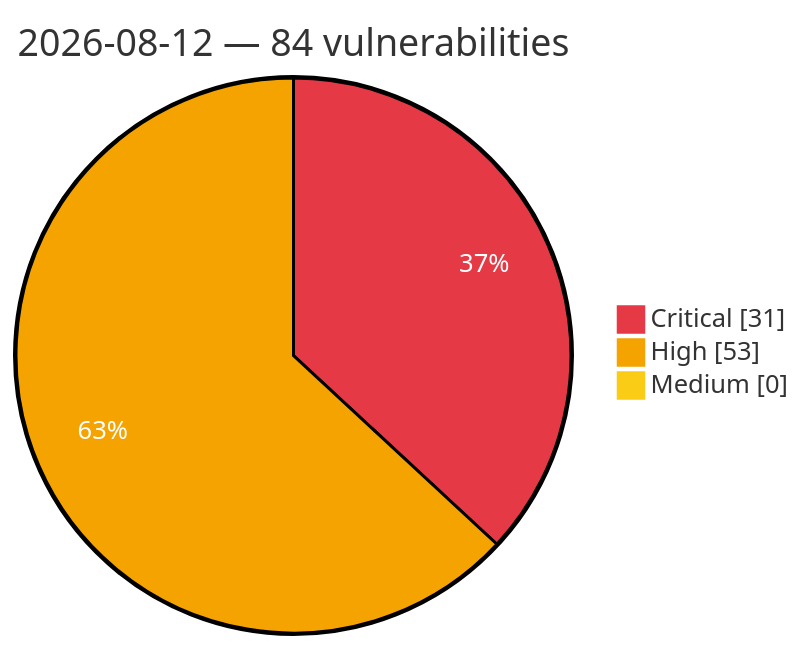
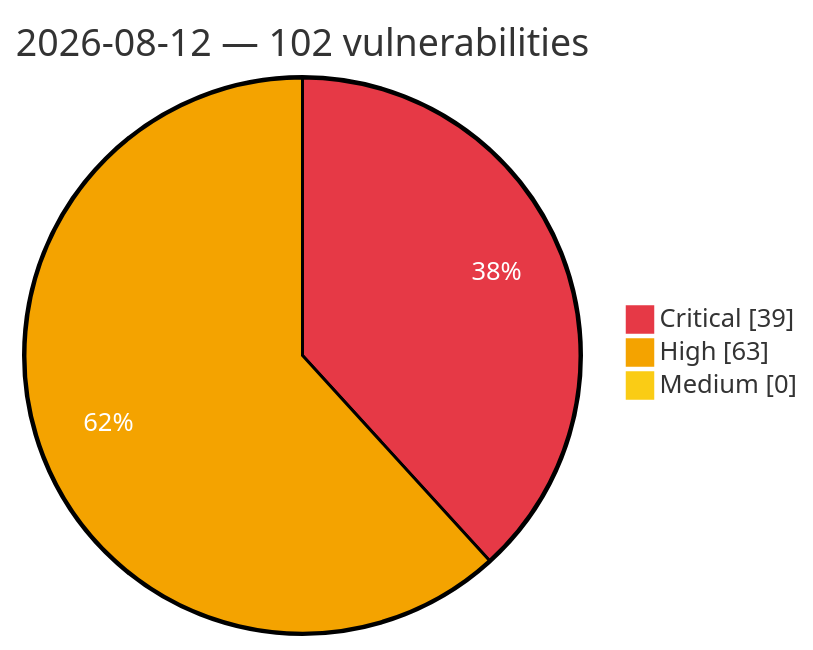
Before and after one commit to GhostX0X/vuln-tracker: the diagram in vulnerabilities/2026/August/2026-08-12.md, drawn with Mermaid. The commit also changed other lines of this file and 5 other files, not shown here.

Commit message:
Auto update: critical/high vulns (2026-08-12 22:19 UTC)

````diff
--- a/vulnerabilities/2026/August/2026-08-12.md
+++ b/vulnerabilities/2026/August/2026-08-12.md
@@ -3,8 +3,8 @@
 ```mermaid
 %%{init: {'theme':'base', 'themeVariables': {'pie1':'#e63946', 'pie2':'#f4a300', 'pie3':'#facc15', 'pieOpacity':'1', 'pieOuterStrokeWidth':'2px', 'pieSectionTextColor':'#ffffff'}}}%%
 pie showData
-    title 2026-08-12 — 84 vulnerabilities
-    "Critical" : 31
-    "High" : 53
+    title 2026-08-12 — 102 vulnerabilities
+    "Critical" : 39
+    "High" : 63
     "Medium" : 0
 ```
````
